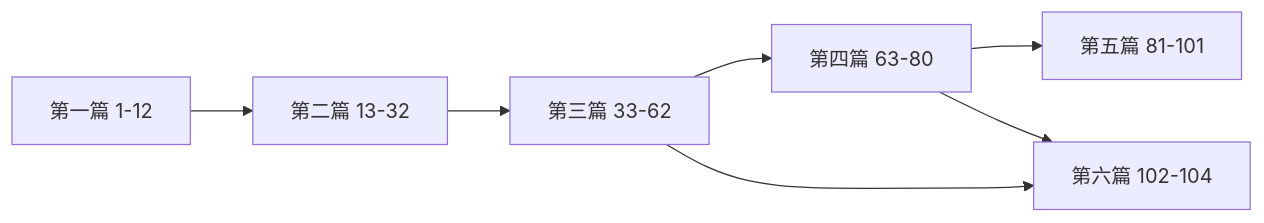
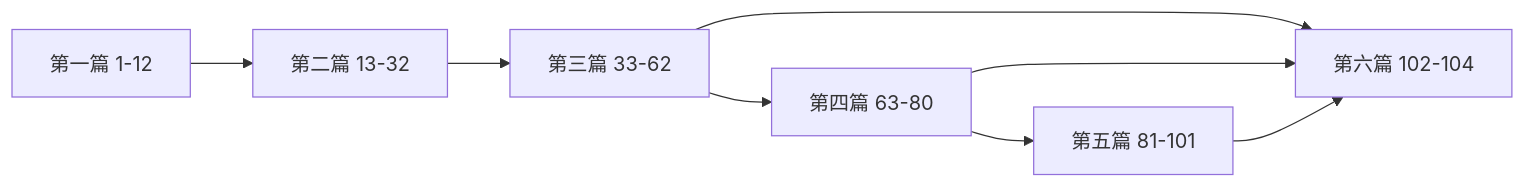
One commit to yuan21c/learn_arch changed the diagram in src/README.md. Above: the diagram before and after it, drawn with Mermaid. The commit also changed other lines of this file and 45 other files, not shown here.

````diff
--- a/src/README.md
+++ b/src/README.md
@@ -33,9 +33,10 @@
 ```mermaid
 flowchart LR
   A[第一篇 1-12] --> B[第二篇 13-32]
   B --> C[第三篇 33-62]
   C --> D[第四篇 63-80]
   D --> E[第五篇 81-101]
   C --> F[第六篇 102-104]
   D --> F
+  E --> F
 ```
````
